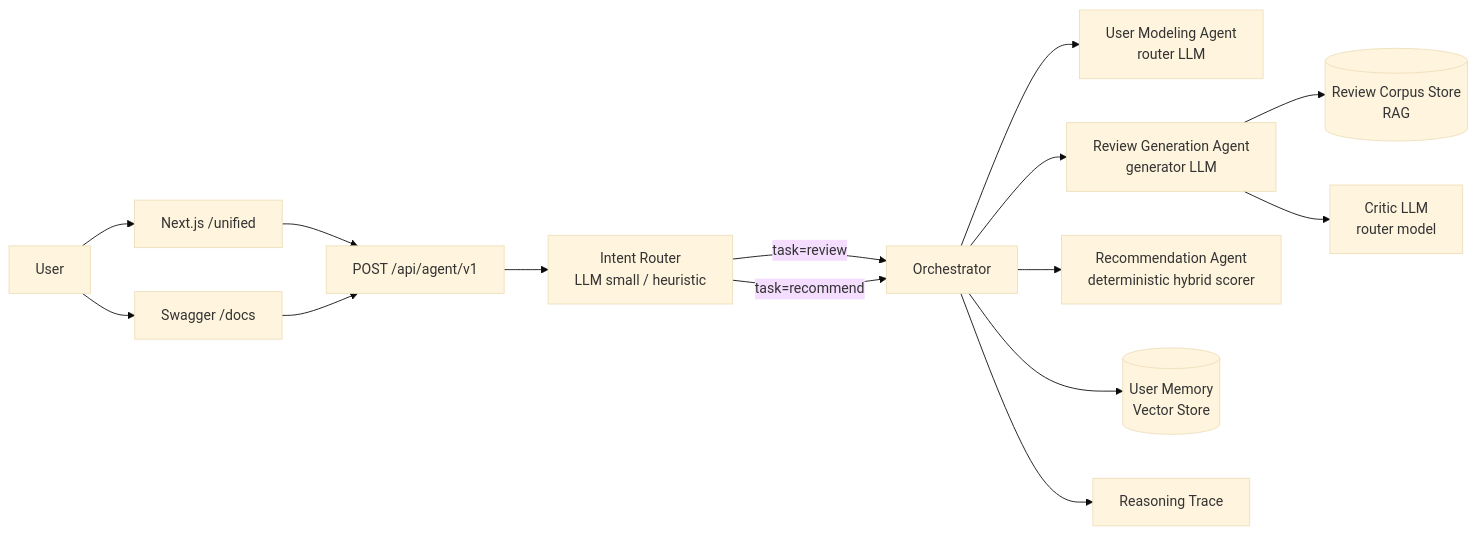
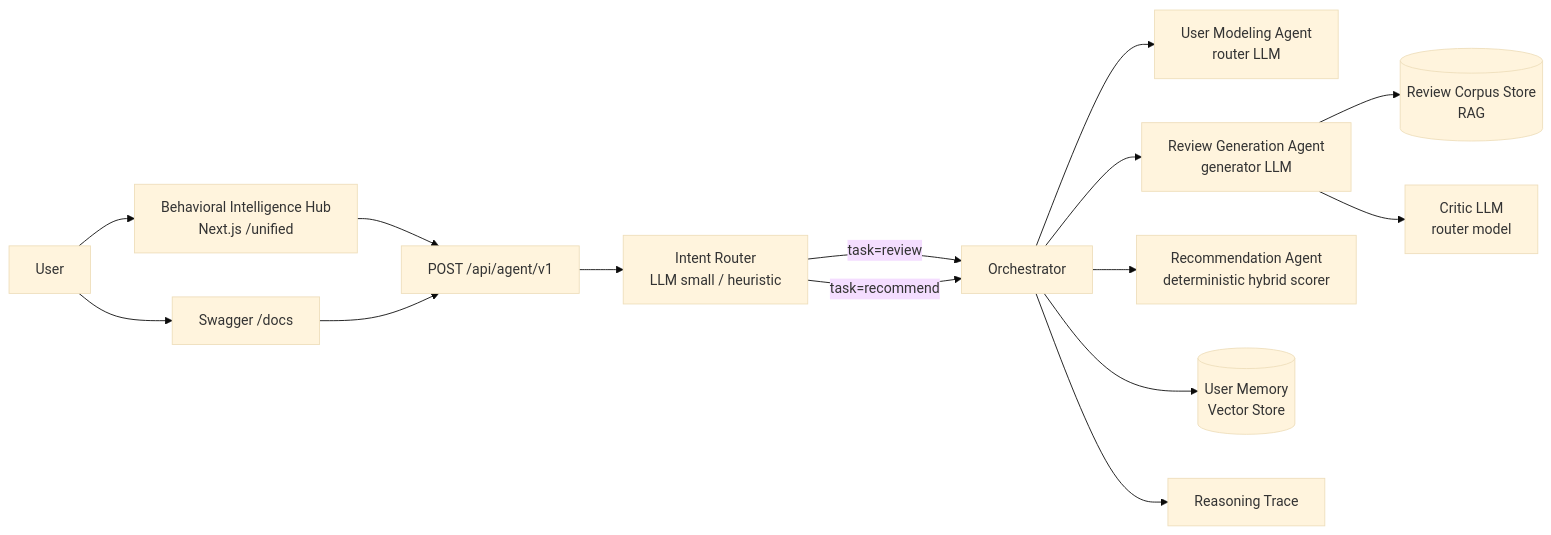
The diagram in docs/SOLUTION_PAPER.md (taotechs/NaijaSense-AI), drawn with Mermaid (base theme) before and after one commit. The commit also changed other lines of this file, not shown here.

First line of the commit message:
docs(paper): sync solution paper with Behavioral Intelligence Hub UI

````diff
--- a/docs/SOLUTION_PAPER.md
+++ b/docs/SOLUTION_PAPER.md
@@ -29,17 +29,17 @@
 ```mermaid
 flowchart LR
-    U[User] --> FE[Next.js /unified]
+    U[User] --> FE[Behavioral Intelligence Hub<br/>Next.js /unified]
     U --> SW[Swagger /docs]
     FE --> AGW[POST /api/agent/v1]
     SW --> AGW
     AGW --> IR[Intent Router\nLLM small / heuristic]
     IR -->|task=review| O[Orchestrator]
     IR -->|task=recommend| O
     O --> UMA[User Modeling Agent\nrouter LLM]
     O --> RGA[Review Generation Agent\ngenerator LLM]
     O --> RA[Recommendation Agent\ndeterministic hybrid scorer]
     RGA --> RAG[(Review Corpus Store\nRAG)]
     RGA --> CRI[Critic LLM\nrouter model]
     O --> MEM[(User Memory\nVector Store)]
     O --> TRC[Reasoning Trace]
 ```
````
